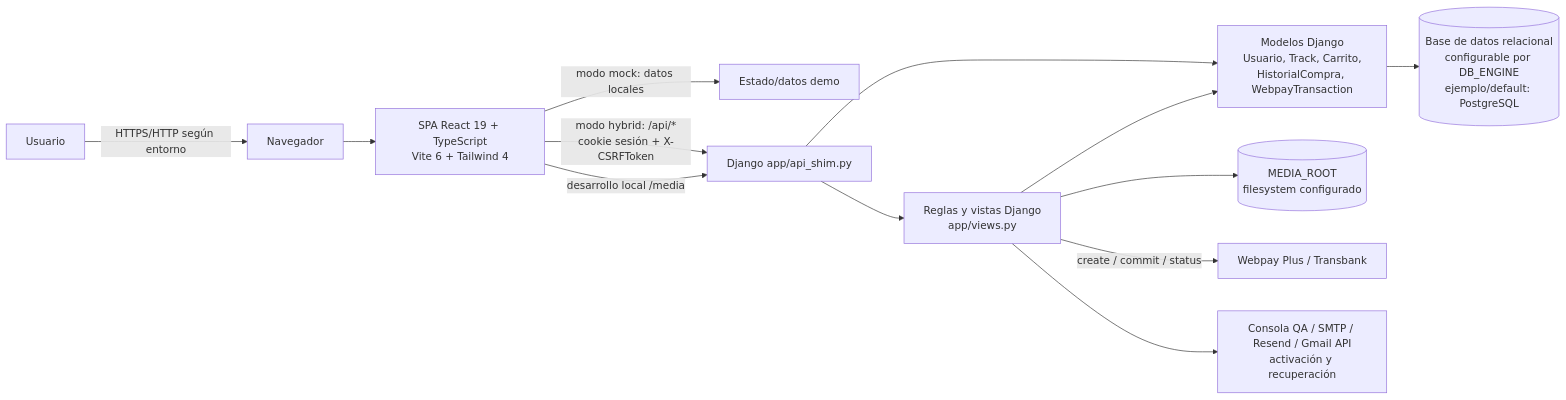
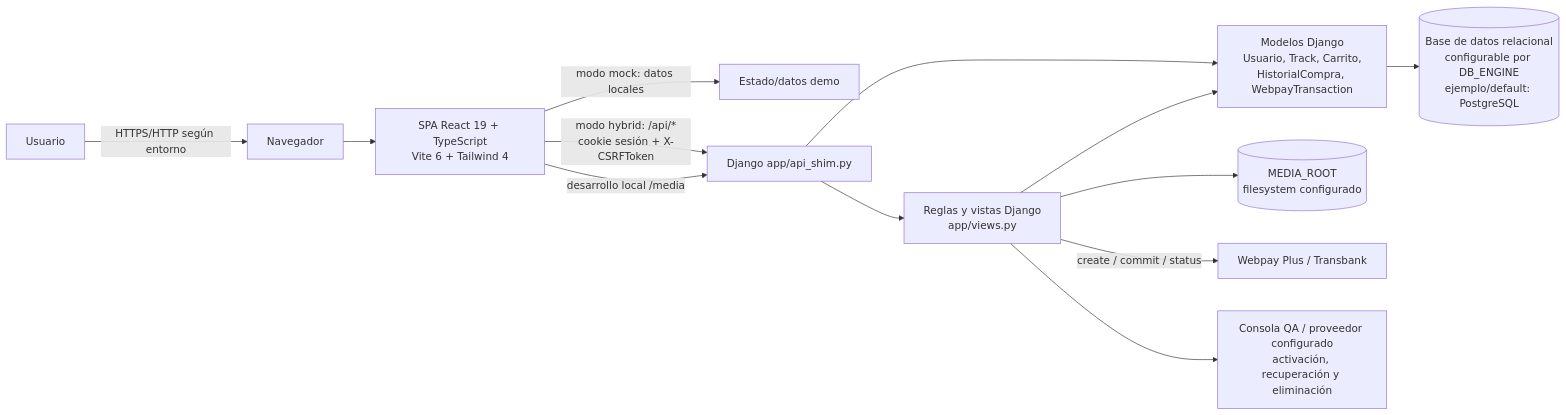
One commit to felipe-urtubia/BeatsCloud changed the diagram in docs/entrega-apt/arquitectura.md. Above: the diagram before and after it, drawn with Mermaid. The commit also changed other lines of this file and 29 other files, not shown here.

````diff
--- a/docs/entrega-apt/arquitectura.md
+++ b/docs/entrega-apt/arquitectura.md
@@ -7,15 +7,15 @@
 ```mermaid
 flowchart LR
   U[Usuario] -->|HTTPS/HTTP según entorno| B[Navegador]
   B --> SPA[SPA React 19 + TypeScript<br/>Vite 6 + Tailwind 4]
   SPA -->|modo mock: datos locales| MOCK[Estado/datos demo]
   SPA -->|modo hybrid: /api/*<br/>cookie sesión + X-CSRFToken| API[Django app/api_shim.py]
   API --> VIEWS[Reglas y vistas Django<br/>app/views.py]
   API --> MODELS[Modelos Django<br/>Usuario, Track, Carrito,<br/>HistorialCompra, WebpayTransaction]
   VIEWS --> MODELS
   MODELS --> DB[(Base de datos relacional<br/>configurable por DB_ENGINE<br/>ejemplo/default: PostgreSQL)]
   VIEWS --> FS[(MEDIA_ROOT<br/>filesystem configurado)]
   VIEWS -->|create / commit / status| WEBPAY[Webpay Plus / Transbank]
-  VIEWS --> MAIL[Consola QA / SMTP / Resend / Gmail API<br/>activación y recuperación]
+  VIEWS --> MAIL[Consola QA / proveedor configurado<br/>activación, recuperación y eliminación]
   SPA -->|desarrollo local /media| API
 ```
````
